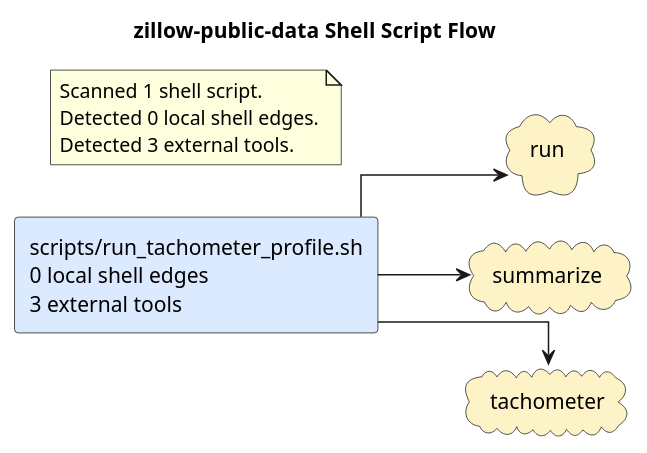
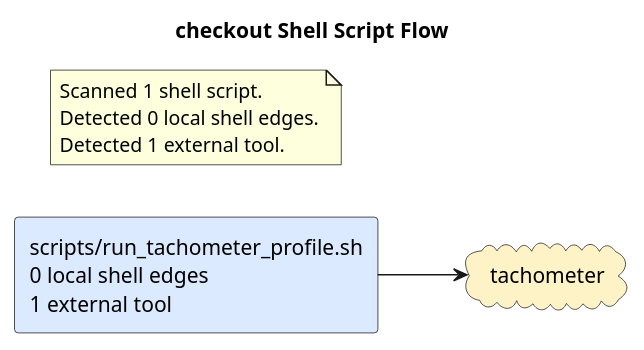
The diagram in docs/diagrams/shell-call-graph.puml (casonk/zillow-public-data), drawn with PlantUML before and after one commit. The commit also changed 9 other files, not shown here.

Commit message:
docs: refresh generated architecture diagrams (#10)

```diff
--- a/docs/diagrams/shell-call-graph.puml
+++ b/docs/diagrams/shell-call-graph.puml
@@ -1,20 +1,16 @@
 @startuml
-title zillow-public-data Shell Script Flow
+title checkout Shell Script Flow
 left to right direction
 skinparam shadowing false
 skinparam defaultFontName Monospace
 skinparam componentStyle rectangle
 skinparam linetype ortho
-rectangle "scripts/run_tachometer_profile.sh\n0 local shell edges\n3 external tools" as shell_scripts_run_tachometer_profile_sh #DBEAFE
-cloud "run" as tool_run #FEF3C7
-cloud "summarize" as tool_summarize #FEF3C7
+rectangle "scripts/run_tachometer_profile.sh\n0 local shell edges\n1 external tool" as shell_scripts_run_tachometer_profile_sh #DBEAFE
 cloud "tachometer" as tool_tachometer #FEF3C7
-shell_scripts_run_tachometer_profile_sh --> tool_run
-shell_scripts_run_tachometer_profile_sh --> tool_summarize
 shell_scripts_run_tachometer_profile_sh --> tool_tachometer
 note as shellGraphSummary
 Scanned 1 shell script.
 Detected 0 local shell edges.
-Detected 3 external tools.
+Detected 1 external tool.
 end note
 @enduml
```
